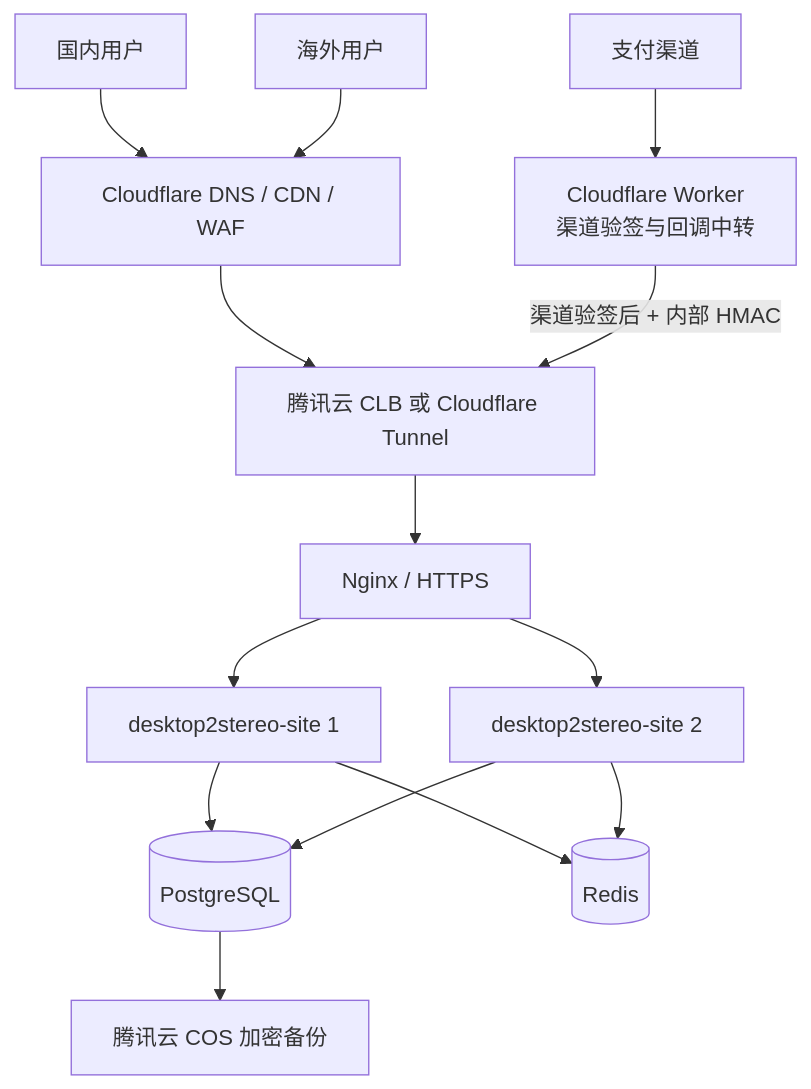
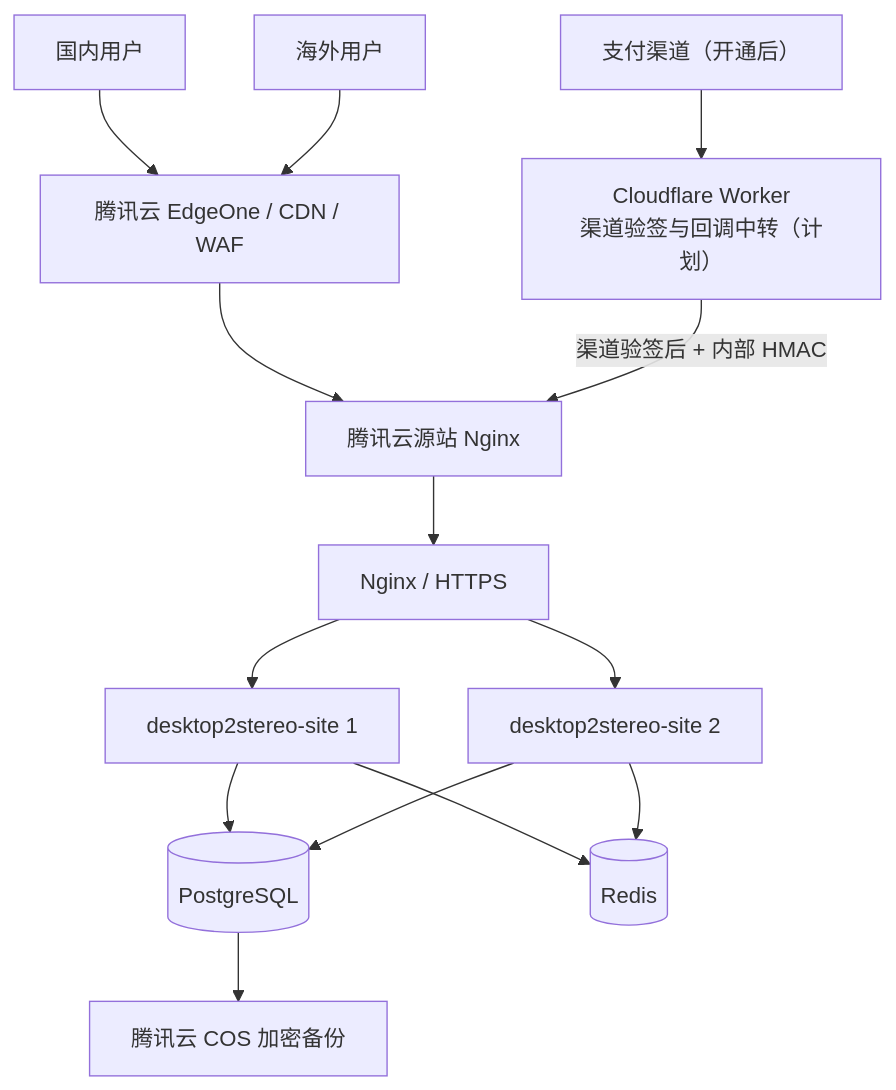
Before and after one commit to laiyangli001/desktop2stereo-site: the diagram in docs/d2s.site.md, drawn with Mermaid. The commit also changed other lines of this file and 47 other files, not shown here.

````diff
--- a/docs/d2s.site.md
+++ b/docs/d2s.site.md
@@ -70,16 +70,16 @@
 ```mermaid
 flowchart TD
-    CN[国内用户] --> CF[Cloudflare DNS / CDN / WAF]
-    INTL[海外用户] --> CF
-    PAY[支付渠道] --> WORKER[Cloudflare Worker\n渠道验签与回调中转]
-    CF --> ORIGIN[腾讯云 CLB 或 Cloudflare Tunnel]
+    CN[国内用户] --> EDGE[腾讯云 EdgeOne / CDN / WAF]
+    INTL[海外用户] --> EDGE
+    PAY[支付渠道（开通后）] --> WORKER[Cloudflare Worker\n渠道验签与回调中转（计划）]
+    EDGE --> ORIGIN[腾讯云源站 Nginx]
     WORKER -->|渠道验签后 + 内部 HMAC| ORIGIN
     ORIGIN --> NGINX[Nginx / HTTPS]
     NGINX --> APP1[desktop2stereo-site 1]
     NGINX --> APP2[desktop2stereo-site 2]
     APP1 --> PG[(PostgreSQL)]
     APP2 --> PG
     APP1 --> REDIS[(Redis)]
     APP2 --> REDIS
     PG --> COS[腾讯云 COS 加密备份]
 ```
````
